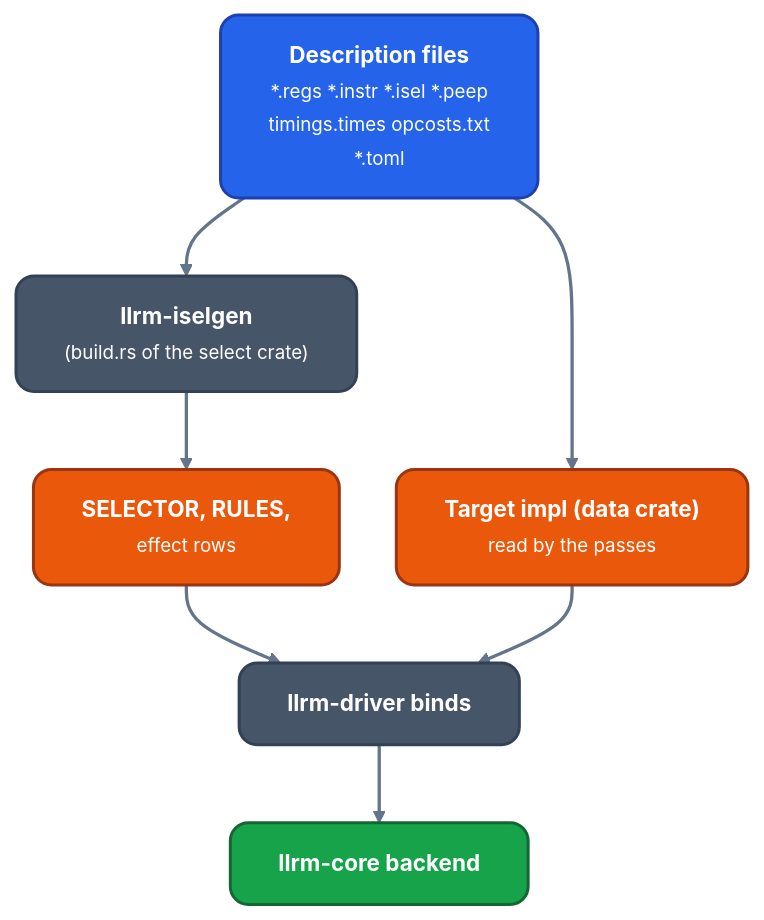
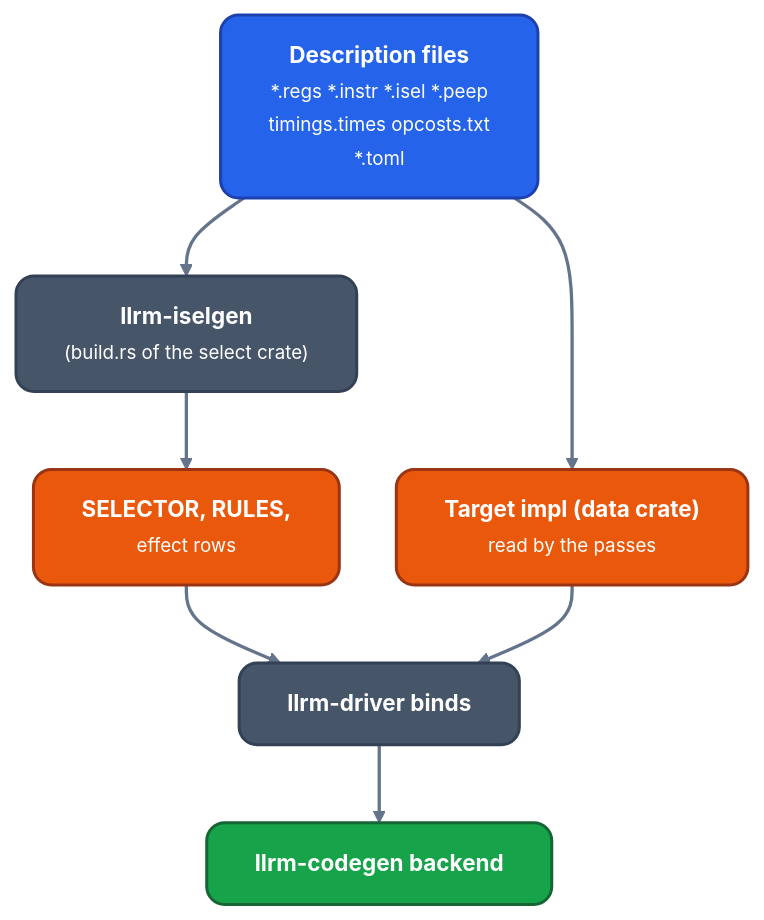
Before and after one commit to ali-mosavian/llrm: the second of 2 diagrams in docs/machine/targets.md, drawn with Mermaid. The commit also changed other lines of this file and 820 other files, not shown here.

Commit message:
refactor(layout): llrm-core becomes crates/codegen/llrm-codegen

````diff
--- a/docs/machine/targets.md
+++ b/docs/machine/targets.md
@@ -78,21 +78,21 @@
 ```mermaid
 %%{init: {'theme':'base','themeVariables':{'fontFamily':'Segoe UI, Helvetica Neue, Arial, DejaVu Sans, sans-serif','fontSize':'15px','primaryColor':'#475569','primaryTextColor':'#ffffff','primaryBorderColor':'#334155','lineColor':'#64748b','secondaryColor':'#475569','tertiaryColor':'transparent','clusterBkg':'transparent','clusterBorder':'#64748b','edgeLabelBackground':'#334155','textColor':'#64748b','titleColor':'#64748b'},'flowchart':{'curve':'basis','nodeSpacing':38,'rankSpacing':52,'padding':16,'wrappingWidth':360,'htmlLabels':true,'useMaxWidth':true}}}%%
 flowchart TB
   classDef src fill:#2563eb,stroke:#1e40af,stroke-width:2px,color:#ffffff,rx:12px,ry:12px
   classDef mid fill:#475569,stroke:#334155,stroke-width:2px,color:#ffffff,rx:12px,ry:12px
   classDef opt fill:#ea580c,stroke:#9a3412,stroke-width:2px,color:#ffffff,rx:12px,ry:12px
   classDef out fill:#16a34a,stroke:#166534,stroke-width:2px,color:#ffffff,rx:12px,ry:12px
   linkStyle default stroke:#64748b,stroke-width:2.2px
   src["<b>Description files</b><br/><small>*.regs *.instr *.isel *.peep<br/>timings.times opcosts.txt<br/>*.toml</small>"]:::src
   gen["<b>llrm-iselgen</b><br/><small>(build.rs of the select crate)</small>"]:::mid
   out["<b>SELECTOR, RULES,</b><br/><small>effect rows</small>"]:::opt
   impl["<b>Target impl (data crate)</b><br/><small>read by the passes</small>"]:::opt
   drv["<b>llrm-driver binds</b>"]:::mid
-  core["<b>llrm-core backend</b>"]:::out
+  core["<b>llrm-codegen backend</b>"]:::out
   src --> gen
   gen --> out
   src --> impl
   out --> drv
   impl --> drv
   drv --> core
 ```
````
